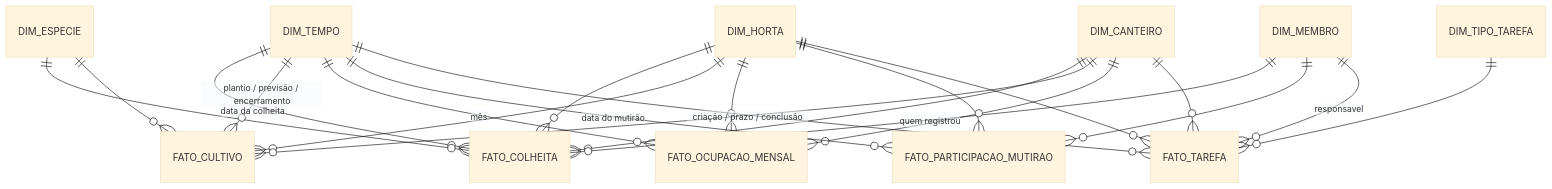
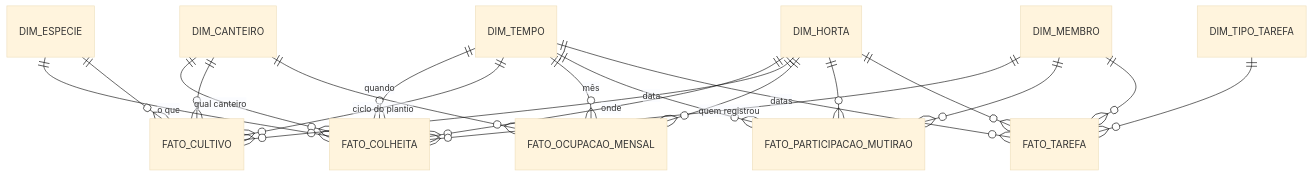
Before and after one commit to gdp-projects/cultiva-plus: the diagram in docs/data-modeling/04-data-warehouse-olap.md, drawn with Mermaid (base theme). The commit also changed other lines of this file and 11 other files, not shown here.

````diff
--- a/docs/data-modeling/04-data-warehouse-olap.md
+++ b/docs/data-modeling/04-data-warehouse-olap.md
@@ -11,27 +13,26 @@
 ```mermaid
 erDiagram
-    DIM_TEMPO       ||--o{ FATO_COLHEITA             : "data da colheita"
-    DIM_HORTA       ||--o{ FATO_COLHEITA             : ""
-    DIM_CANTEIRO    ||--o{ FATO_COLHEITA             : ""
-    DIM_ESPECIE     ||--o{ FATO_COLHEITA             : ""
+    DIM_TEMPO       ||--o{ FATO_COLHEITA             : "quando"
+    DIM_HORTA       ||--o{ FATO_COLHEITA             : "onde"
+    DIM_CANTEIRO    ||--o{ FATO_COLHEITA             : "qual canteiro"
+    DIM_ESPECIE     ||--o{ FATO_COLHEITA             : "o que"
     DIM_MEMBRO      ||--o{ FATO_COLHEITA             : "quem registrou"
 
-    DIM_TEMPO       ||--o{ FATO_CULTIVO              : "plantio / previsão / encerramento"
+    DIM_TEMPO       ||--o{ FATO_CULTIVO              : "ciclo do plantio"
     DIM_HORTA       ||--o{ FATO_CULTIVO              : ""
     DIM_CANTEIRO    ||--o{ FATO_CULTIVO              : ""
     DIM_ESPECIE     ||--o{ FATO_CULTIVO              : ""
 
     DIM_TEMPO       ||--o{ FATO_OCUPACAO_MENSAL      : "mês"
     DIM_HORTA       ||--o{ FATO_OCUPACAO_MENSAL      : ""
     DIM_CANTEIRO    ||--o{ FATO_OCUPACAO_MENSAL      : ""
 
-    DIM_TEMPO       ||--o{ FATO_PARTICIPACAO_MUTIRAO : "data do mutirão"
+    DIM_TEMPO       ||--o{ FATO_PARTICIPACAO_MUTIRAO : "data"
     DIM_HORTA       ||--o{ FATO_PARTICIPACAO_MUTIRAO : ""
     DIM_MEMBRO      ||--o{ FATO_PARTICIPACAO_MUTIRAO : ""
 
-    DIM_TEMPO       ||--o{ FATO_TAREFA               : "criação / prazo / conclusão"
+    DIM_TEMPO       ||--o{ FATO_TAREFA               : "datas"
     DIM_HORTA       ||--o{ FATO_TAREFA               : ""
-    DIM_CANTEIRO    ||--o{ FATO_TAREFA               : ""
     DIM_TIPO_TAREFA ||--o{ FATO_TAREFA               : ""
-    DIM_MEMBRO      ||--o{ FATO_TAREFA               : "responsavel"
+    DIM_MEMBRO      ||--o{ FATO_TAREFA               : ""
 ```
````
